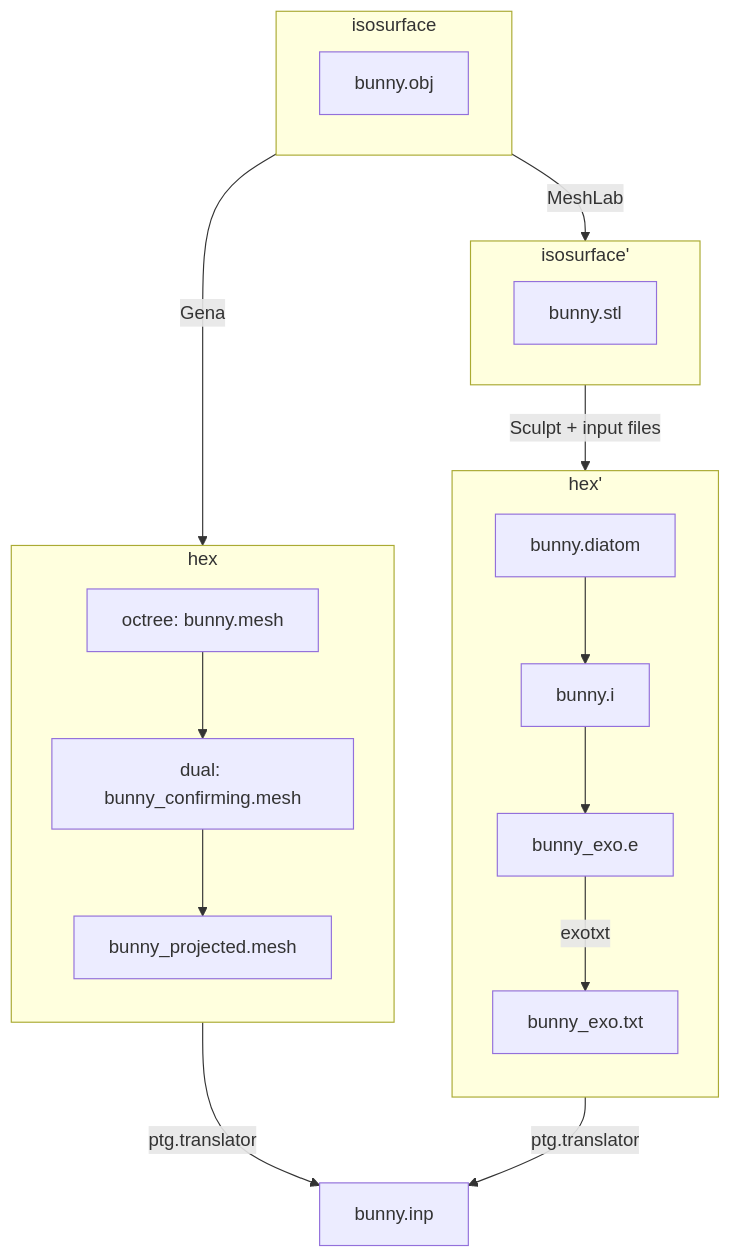
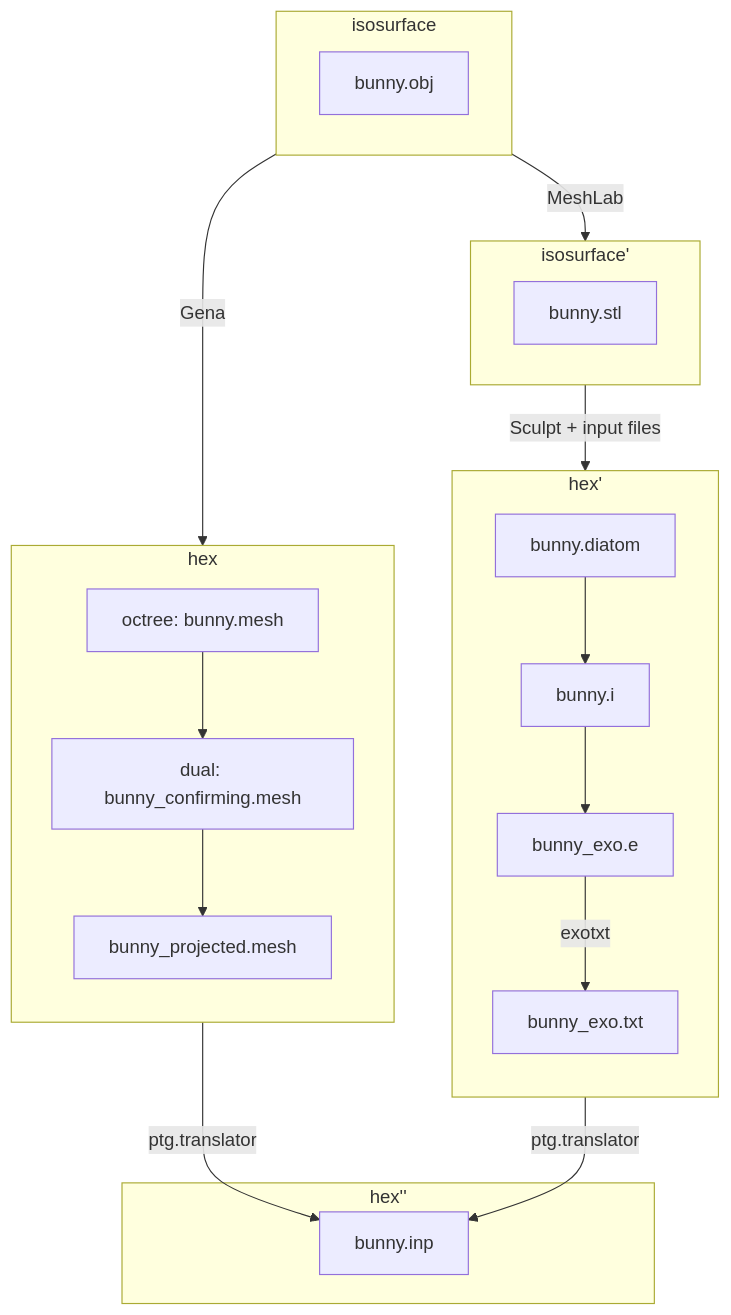
One commit to sandialabs/sibl changed the second of 2 diagrams in geo/doc/cinolib/bunny.md. Above: the diagram before and after it, drawn with Mermaid. The commit also changed other lines of this file, not shown here.

Commit message:
include inp as a hex''

````diff
--- a/geo/doc/cinolib/bunny.md
+++ b/geo/doc/cinolib/bunny.md
@@ -33,25 +35,28 @@
 ```mermaid
   flowchart
     subgraph isosurface
       a[bunny.obj]
     end
     subgraph isosurface'
       b[bunny.stl]
     end
     subgraph hex
       direction TB
       c1[octree: bunny.mesh]-->c2[dual: bunny_confirming.mesh]
       c2 --> c3[bunny_projected.mesh]
     end
     subgraph hex'
       direction TB
       d1[bunny.diatom] --> d2[bunny.i]
       d2 --> d3[bunny_exo.e]
       d3 -- exotxt --> d4[bunny_exo.txt]
     end
+    subgraph hex''
+      bunny.inp
+    end
     isosurface -- MeshLab --> isosurface'
     isosurface' -- Sculpt + input files --> hex'
     isosurface -- Gena --> hex
     hex -- ptg.translator --> bunny.inp
     d4 -- ptg.translator --> bunny.inp
 ```
````
